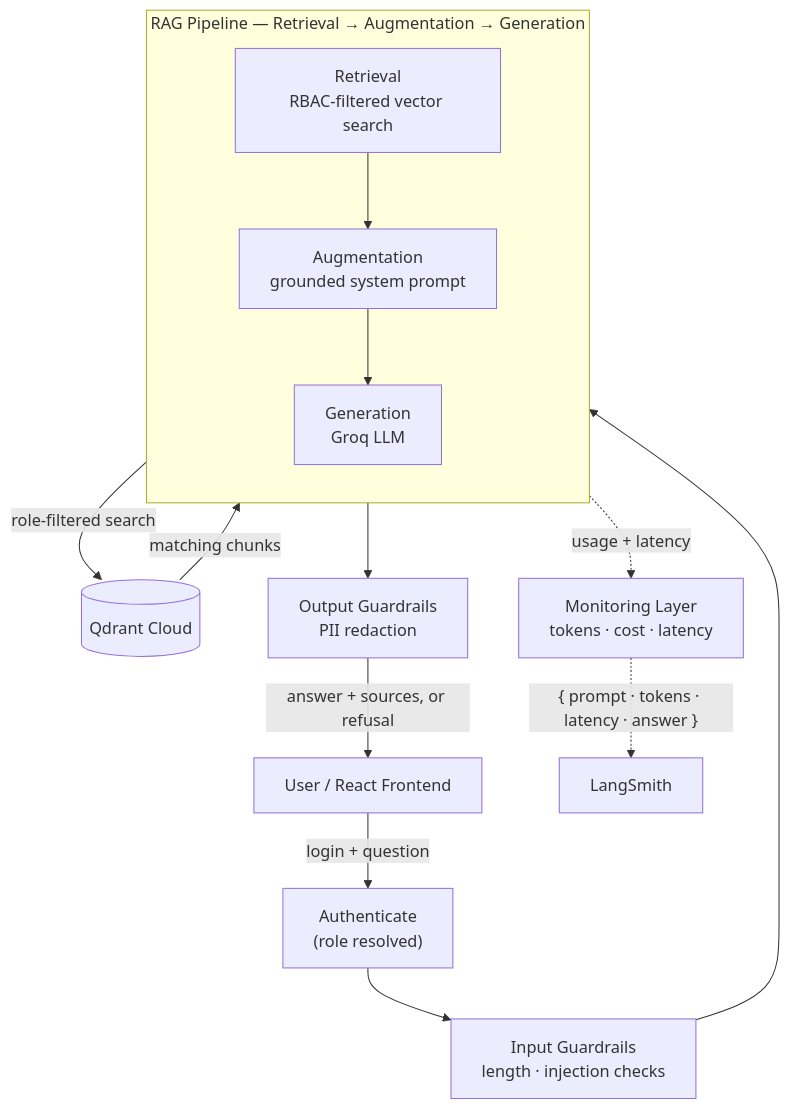
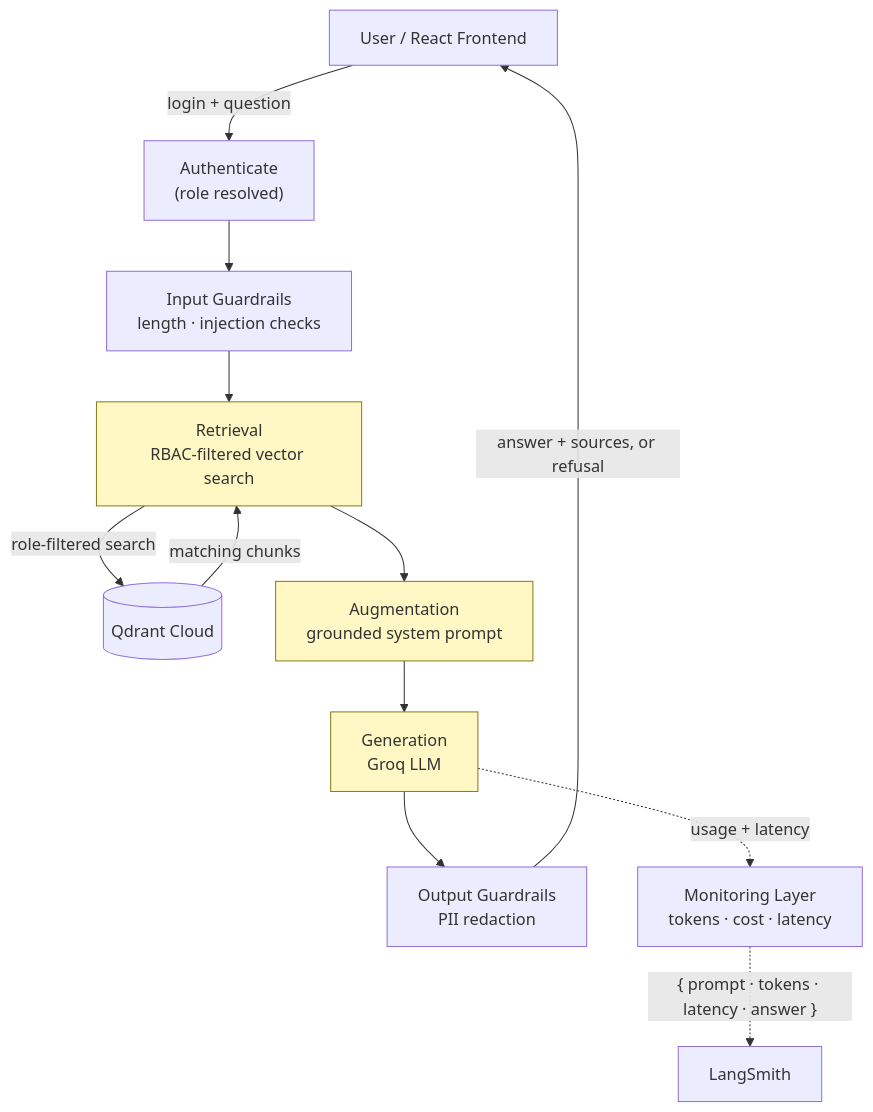
The diagram in README.md (Sathwika-2k3/rag-rbac-fintech), drawn with Mermaid before and after one commit.

Commit message:
Updated architecture diagram

````diff
--- a/README.md
+++ b/README.md
@@ -18,22 +18,18 @@
 ```mermaid
 flowchart TD
     U["User / React Frontend"] -->|"login + question"| AUTH["Authenticate\n(role resolved)"]
     AUTH --> GIN["Input Guardrails\nlength · injection checks"]
-
-    subgraph RAG["RAG Pipeline — Retrieval → Augmentation → Generation"]
-        direction TB
-        RET["Retrieval\nRBAC-filtered vector search"]
-        PROMPT["Augmentation\ngrounded system prompt"]
-        LLM["Generation\nGroq LLM"]
-        RET --> PROMPT --> LLM
-    end
-
-    GIN --> RET
+    GIN --> RET["Retrieval\nRBAC-filtered vector search"]
     RET -->|"role-filtered search"| QDRANT[("Qdrant Cloud")]
     QDRANT -->|"matching chunks"| RET
-    LLM -.->|"usage + latency"| MONITOR["Monitoring Layer\ntokens · cost · latency"]
+    RET --> AUG["Augmentation\ngrounded system prompt"]
+    AUG --> GEN["Generation\nGroq LLM"]
+    GEN --> GOUT["Output Guardrails\nPII redaction"]
+    GOUT -->|"answer + sources, or refusal"| U
+
+    GEN -.->|"usage + latency"| MONITOR["Monitoring Layer\ntokens · cost · latency"]
     MONITOR -.->|"{ prompt · tokens · latency · answer }"| LS["LangSmith"]
 
-    LLM --> GOUT["Output Guardrails\nPII redaction"]
-    GOUT -->|"answer + sources, or refusal"| U
+    classDef ragStage fill:#fff8c5,stroke:#8a7a1a,stroke-width:1px
+    class RET,AUG,GEN ragStage
 ```
````
